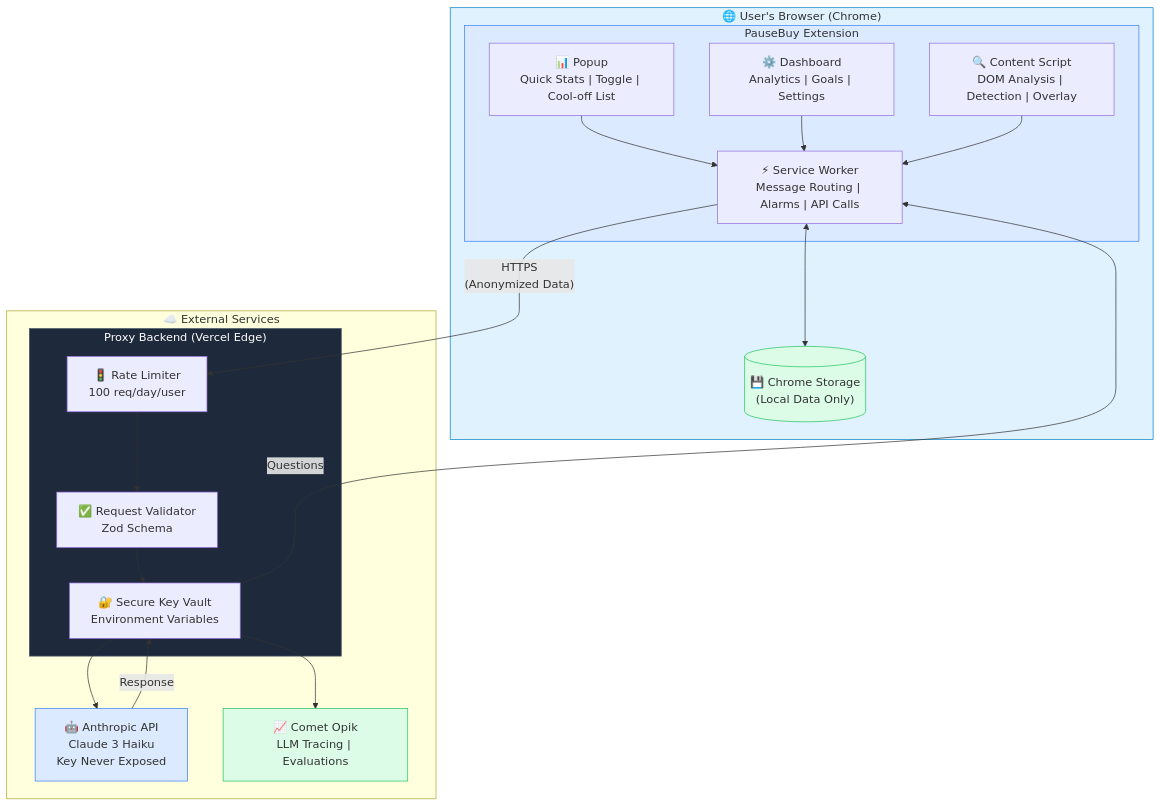
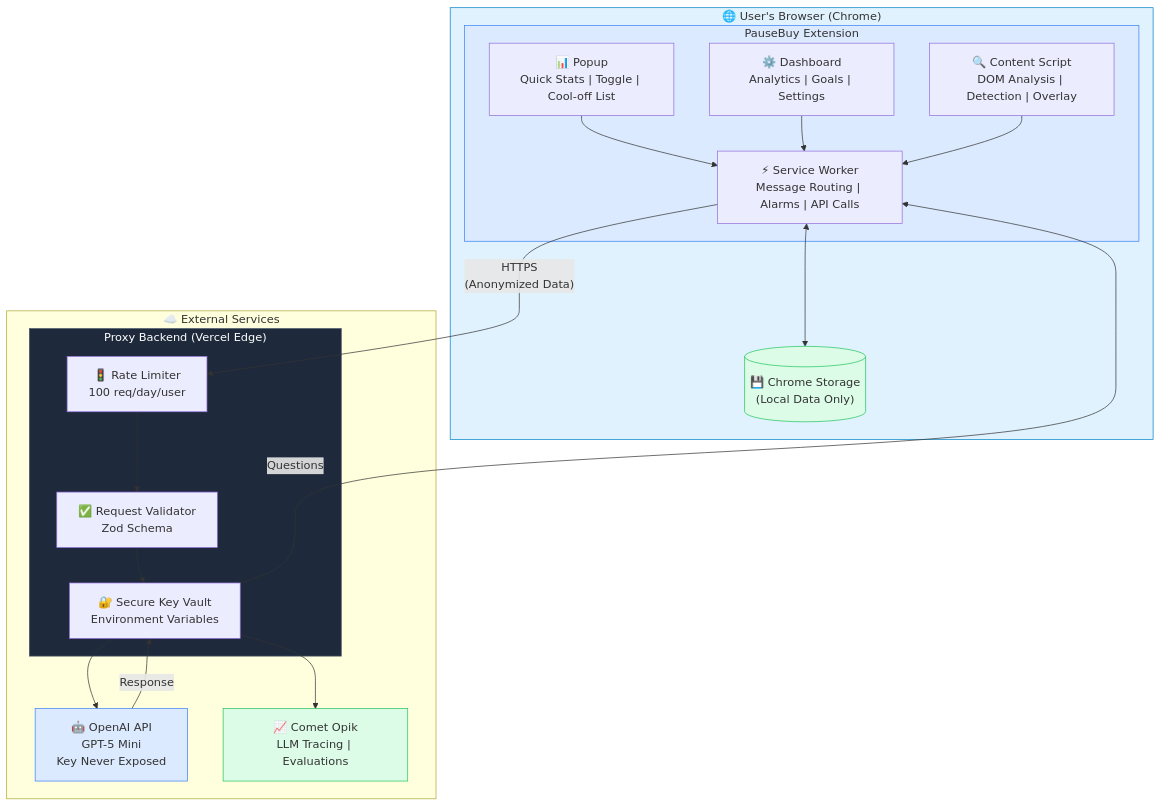
The first of 12 diagrams in docs/PauseBuy_Technical_Architecture.md (cnu/PauseBuy), drawn with Mermaid before and after one commit. The commit also changed other lines of this file and 8 other files, not shown here.

First line of the commit message:
refactor: switch from Claude Haiku to OpenAI GPT-5 Mini

````diff
--- a/docs/PauseBuy_Technical_Architecture.md
+++ b/docs/PauseBuy_Technical_Architecture.md
@@ -62,46 +62,46 @@
 ```mermaid
 flowchart TB
     subgraph Browser["🌐 User's Browser (Chrome)"]
         subgraph Extension["PauseBuy Extension"]
             Popup["📊 Popup<br/>Quick Stats | Toggle | Cool-off List"]
             Dashboard["⚙️ Dashboard<br/>Analytics | Goals | Settings"]
             ContentScript["🔍 Content Script<br/>DOM Analysis | Detection | Overlay"]
             ServiceWorker["⚡ Service Worker<br/>Message Routing | Alarms | API Calls"]
             
             Popup --> ServiceWorker
             Dashboard --> ServiceWorker
             ContentScript --> ServiceWorker
         end
         
         ChromeStorage[("💾 Chrome Storage<br/>(Local Data Only)")]
         ServiceWorker <--> ChromeStorage
     end
     
     subgraph Cloud["☁️ External Services"]
         subgraph Proxy["Proxy Backend (Vercel Edge)"]
             RateLimiter["🚦 Rate Limiter<br/>100 req/day/user"]
             Validator["✅ Request Validator<br/>Zod Schema"]
             KeyVault["🔐 Secure Key Vault<br/>Environment Variables"]
             
             RateLimiter --> Validator
             Validator --> KeyVault
         end
         
-        Claude["🤖 Anthropic API<br/>Claude 3 Haiku<br/>Key Never Exposed"]
+        OpenAI["🤖 OpenAI API<br/>GPT-5 Mini<br/>Key Never Exposed"]
         Opik["📈 Comet Opik<br/>LLM Tracing | Evaluations"]
         
-        KeyVault --> Claude
+        KeyVault --> OpenAI
         KeyVault --> Opik
     end
     
     ServiceWorker -->|"HTTPS<br/>(Anonymized Data)"| RateLimiter
-    Claude -->|Response| KeyVault
+    OpenAI -->|Response| KeyVault
     KeyVault -->|Questions| ServiceWorker
 
     style Browser fill:#e0f2fe,stroke:#0284c7
     style Extension fill:#dbeafe,stroke:#3b82f6
     style Proxy fill:#1e293b,stroke:#475569,color:#fff
     style ChromeStorage fill:#dcfce7,stroke:#22c55e
-    style Claude fill:#dbeafe,stroke:#3b82f6
+    style OpenAI fill:#dbeafe,stroke:#3b82f6
     style Opik fill:#dcfce7,stroke:#22c55e
 ```
````
